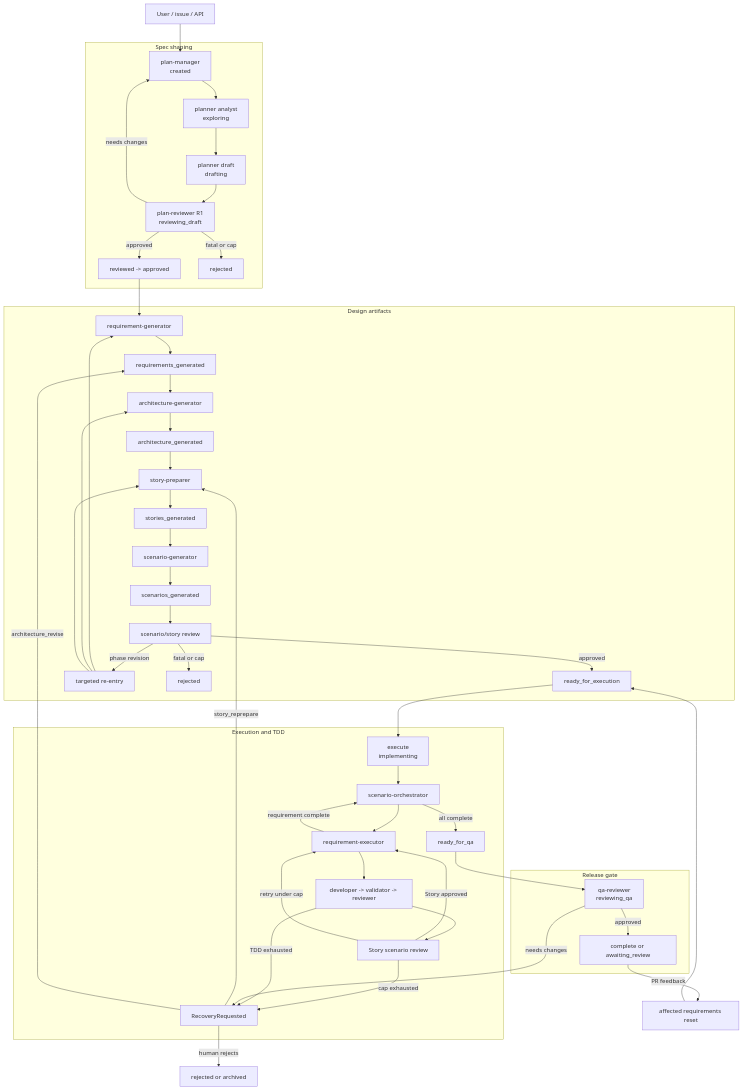
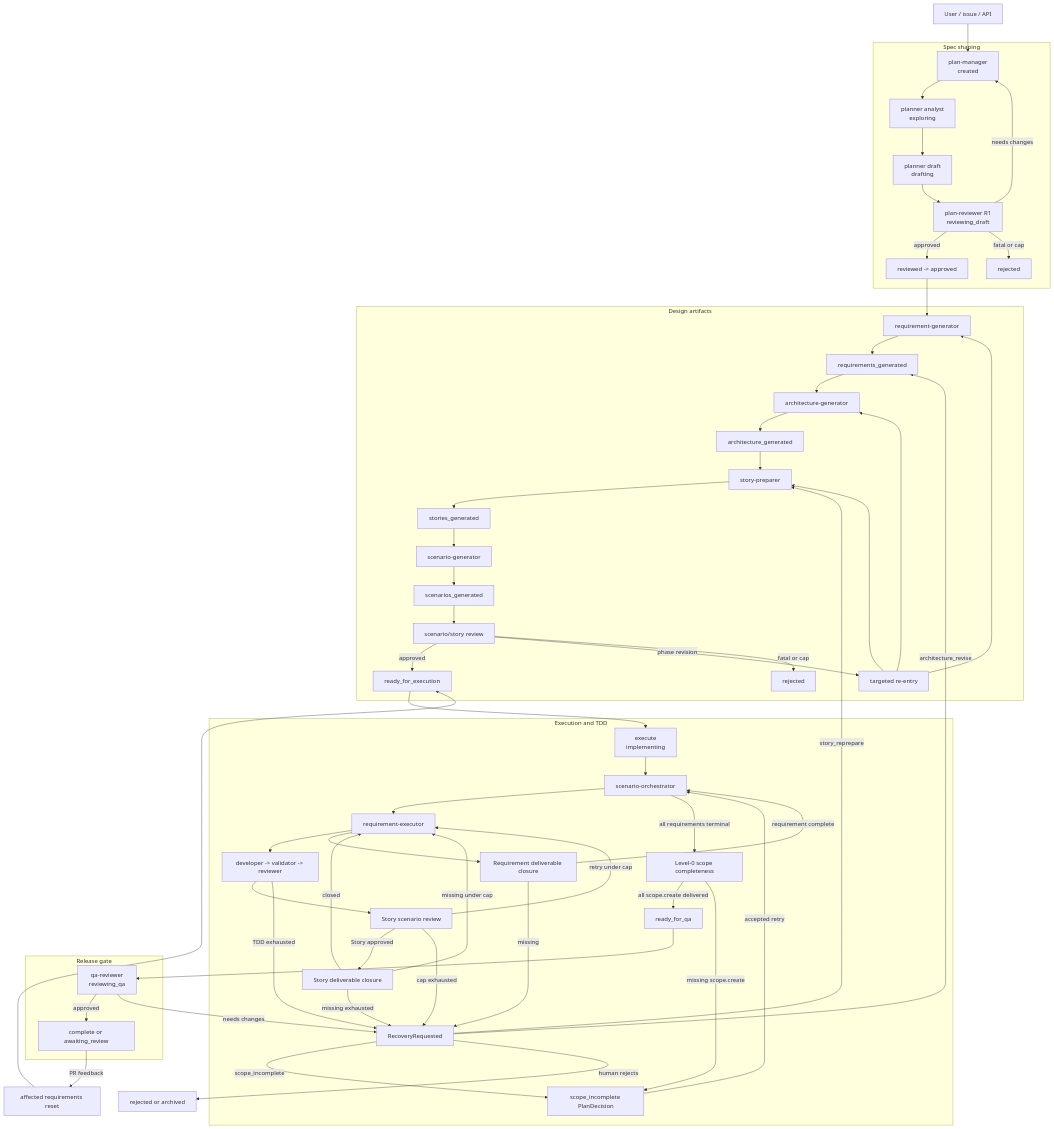
The first of 4 diagrams in docs/e2e-flow.md (C360Studio/semspec), drawn with Mermaid before and after one commit. The commit also changed other lines of this file and 3 other files, not shown here.

````diff
--- a/docs/e2e-flow.md
+++ b/docs/e2e-flow.md
@@ -76,57 +90,66 @@
 ```mermaid
 flowchart TD
     User["User / issue / API"] --> Created["plan-manager<br/>created"]
 
     subgraph Planning["Spec shaping"]
         Created --> Explore["planner analyst<br/>exploring"]
         Explore --> Draft["planner draft<br/>drafting"]
         Draft --> R1["plan-reviewer R1<br/>reviewing_draft"]
         R1 -->|approved| Approved["reviewed -> approved"]
         R1 -->|needs changes| Created
         R1 -->|fatal or cap| Rejected1["rejected"]
     end
 
     subgraph Design["Design artifacts"]
         Approved --> ReqGen["requirement-generator"]
         ReqGen --> ReqReady["requirements_generated"]
         ReqReady --> ArchGen["architecture-generator"]
         ArchGen --> ArchReady["architecture_generated"]
         ArchReady --> StoryPrep["story-preparer"]
         StoryPrep --> StoriesReady["stories_generated"]
         StoriesReady --> ScenarioGen["scenario-generator"]
         ScenarioGen --> ScenariosReady["scenarios_generated"]
         ScenariosReady --> R2["scenario/story review"]
         R2 -->|approved| Ready["ready_for_execution"]
         R2 -->|phase revision| Reentry["targeted re-entry"]
         Reentry --> ReqGen
         Reentry --> ArchGen
         Reentry --> StoryPrep
         R2 -->|fatal or cap| Rejected2["rejected"]
     end
 
     subgraph Execution["Execution and TDD"]
         Ready --> Execute["execute<br/>implementing"]
         Execute --> Orch["scenario-orchestrator"]
         Orch --> ReqExec["requirement-executor"]
         ReqExec --> TaskLoop["developer -> validator -> reviewer"]
         TaskLoop --> StoryReview["Story scenario review"]
-        StoryReview -->|Story approved| ReqExec
-        ReqExec -->|requirement complete| Orch
-        Orch -->|all complete| QAReady["ready_for_qa"]
+        StoryReview -->|Story approved| StoryGate["Story deliverable closure"]
+        StoryGate -->|closed| ReqExec
+        StoryGate -->|missing under cap| ReqExec
+        StoryGate -->|missing exhausted| Recovery
+        ReqExec --> ReqGate["Requirement deliverable closure"]
+        ReqGate -->|requirement complete| Orch
+        ReqGate -->|missing| Recovery
+        Orch -->|all requirements terminal| ScopeGate["Level-0 scope completeness"]
+        ScopeGate -->|all scope.create delivered| QAReady["ready_for_qa"]
+        ScopeGate -->|missing scope.create| ScopeDecision["scope_incomplete PlanDecision"]
         StoryReview -->|retry under cap| ReqExec
         StoryReview -->|cap exhausted| Recovery["RecoveryRequested"]
         TaskLoop -->|TDD exhausted| Recovery
     end
 
     subgraph QA["Release gate"]
         QAReady --> QAWork["qa-reviewer<br/>reviewing_qa"]
         QAWork -->|approved| Complete["complete or awaiting_review"]
         QAWork -->|needs changes| Recovery
     end
 
     Complete -->|PR feedback| Feedback["affected requirements reset"]
     Feedback --> Ready
     Recovery -->|story_reprepare| StoryPrep
     Recovery -->|architecture_revise| ReqReady
+    Recovery -->|scope_incomplete| ScopeDecision
+    ScopeDecision -->|accepted retry| Orch
     Recovery -->|human rejects| Rejected3["rejected or archived"]
 ```
````
